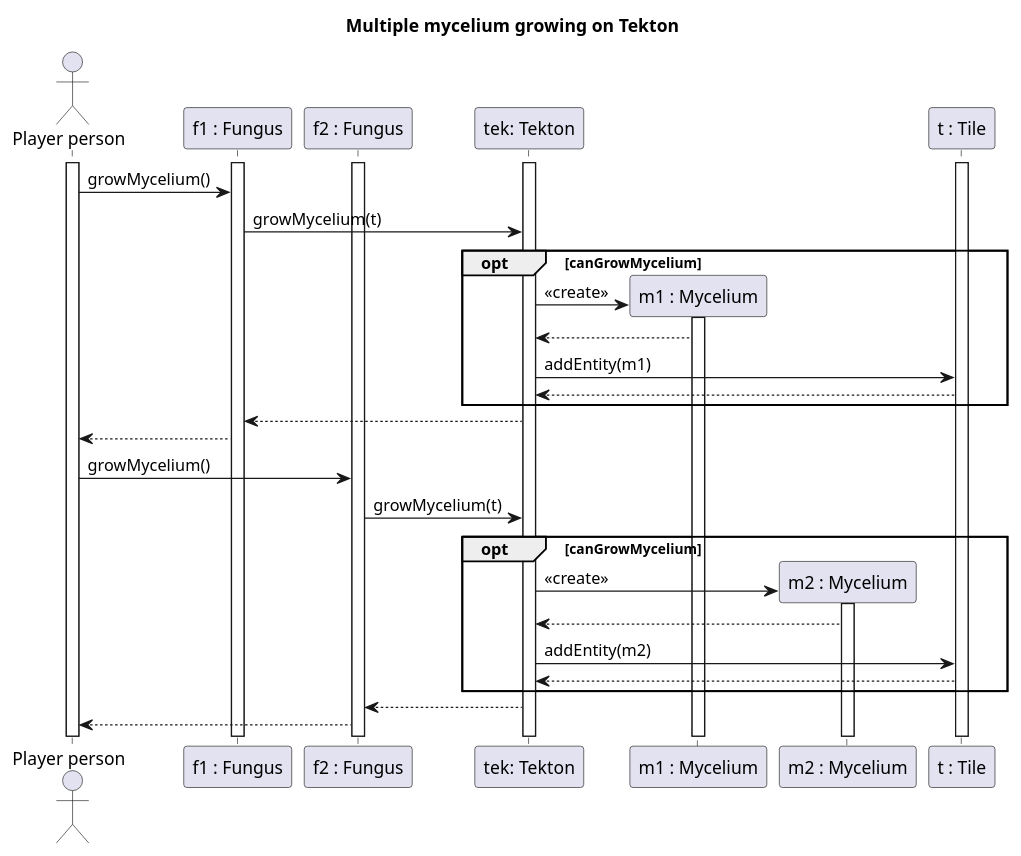
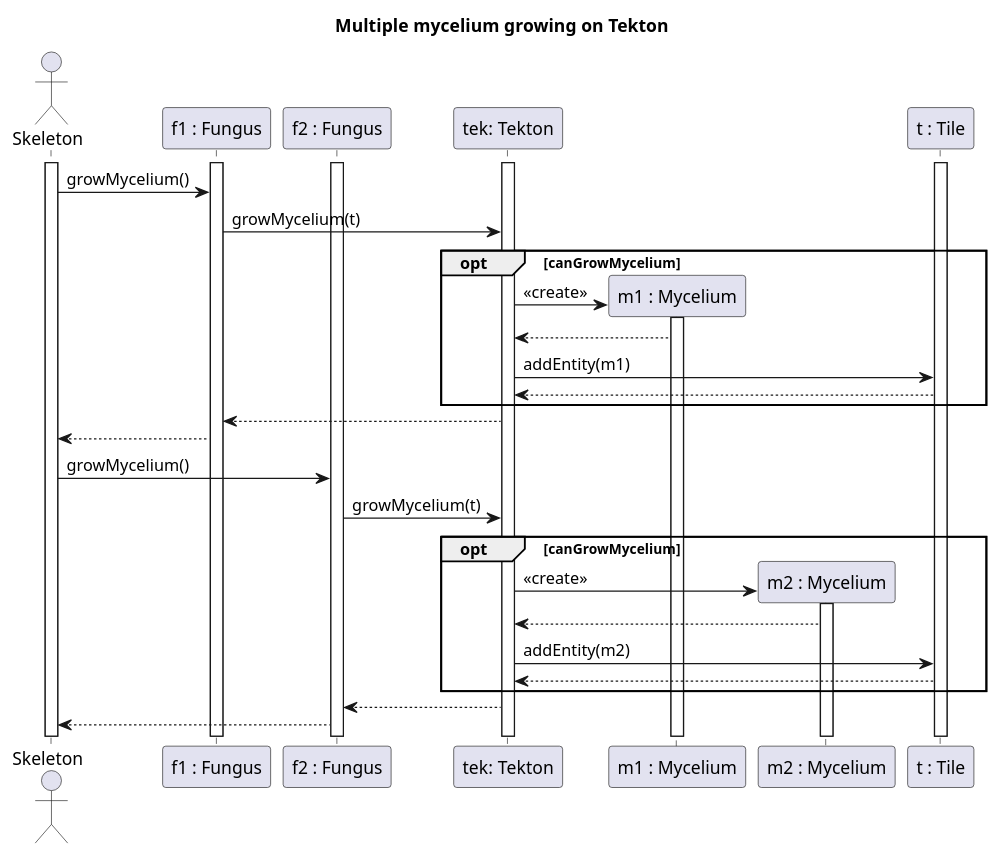
The diagram in diagrams/diagramFiles/SQ_MultipleMyceliumonTekton.puml (Harcipan/Projlab_nullpointerexception), drawn with PlantUML before and after one commit. The commit also changed 23 other files, not shown here.

Commit message:
fixed Player Person and spore eating

```diff
--- a/diagrams/diagramFiles/SQ_MultipleMyceliumonTekton.puml
+++ b/diagrams/diagramFiles/SQ_MultipleMyceliumonTekton.puml
@@ -1,48 +1,48 @@
 @startuml Mycelium growth
 
 title Multiple mycelium growing on Tekton
 
-actor "Player person" as Ac
+actor "Skeleton" as Ac
 participant "f1 : Fungus" as F1
 participant "f2 : Fungus" as F2
 participant "tek: Tekton" as Tek
 participant "m1 : Mycelium" as M1
 participant "m2 : Mycelium" as M2
 participant "t : Tile" as T
 
 activate Ac
 activate F1
 activate F2
 activate T
 activate Tek
 
 Ac -> F1 : growMycelium()
 
 F1->Tek : growMycelium(t)
 opt canGrowMycelium
 Tek -> M1 ** : <<create>>
 activate M1
 M1 --> Tek
 Tek -> T : addEntity(m1)
 T-->Tek
 end
 Tek-->F1
 
 F1 --> Ac
 
 Ac -> F2 : growMycelium()
 
 F2->Tek : growMycelium(t)
 opt canGrowMycelium
 Tek -> M2 ** : <<create>>
 activate M2
 M2 --> Tek
 Tek -> T : addEntity(m2)
 T-->Tek
 end
 Tek-->F2
 
 F2 --> Ac
 
 
 @enduml
```
